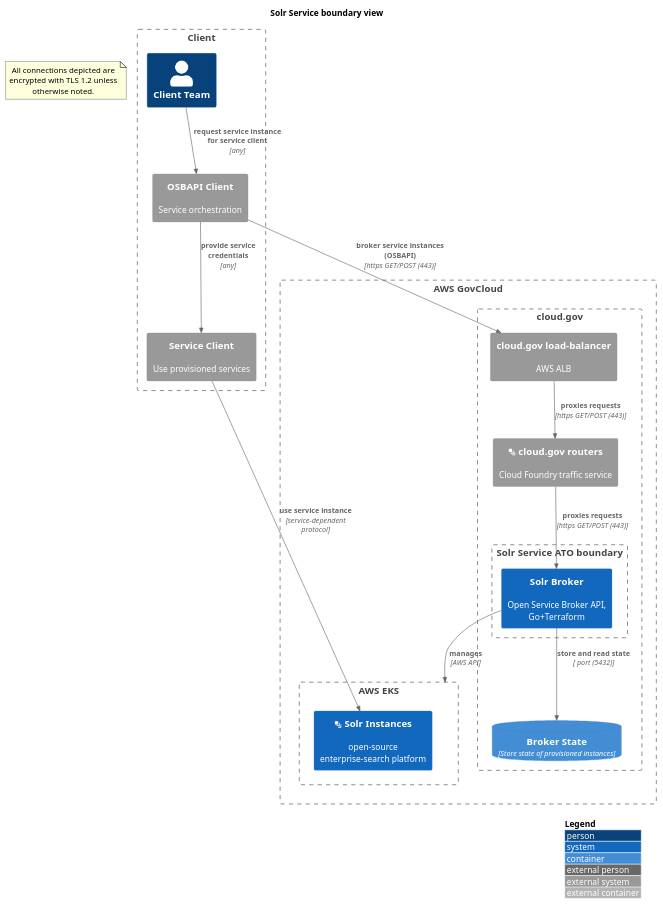
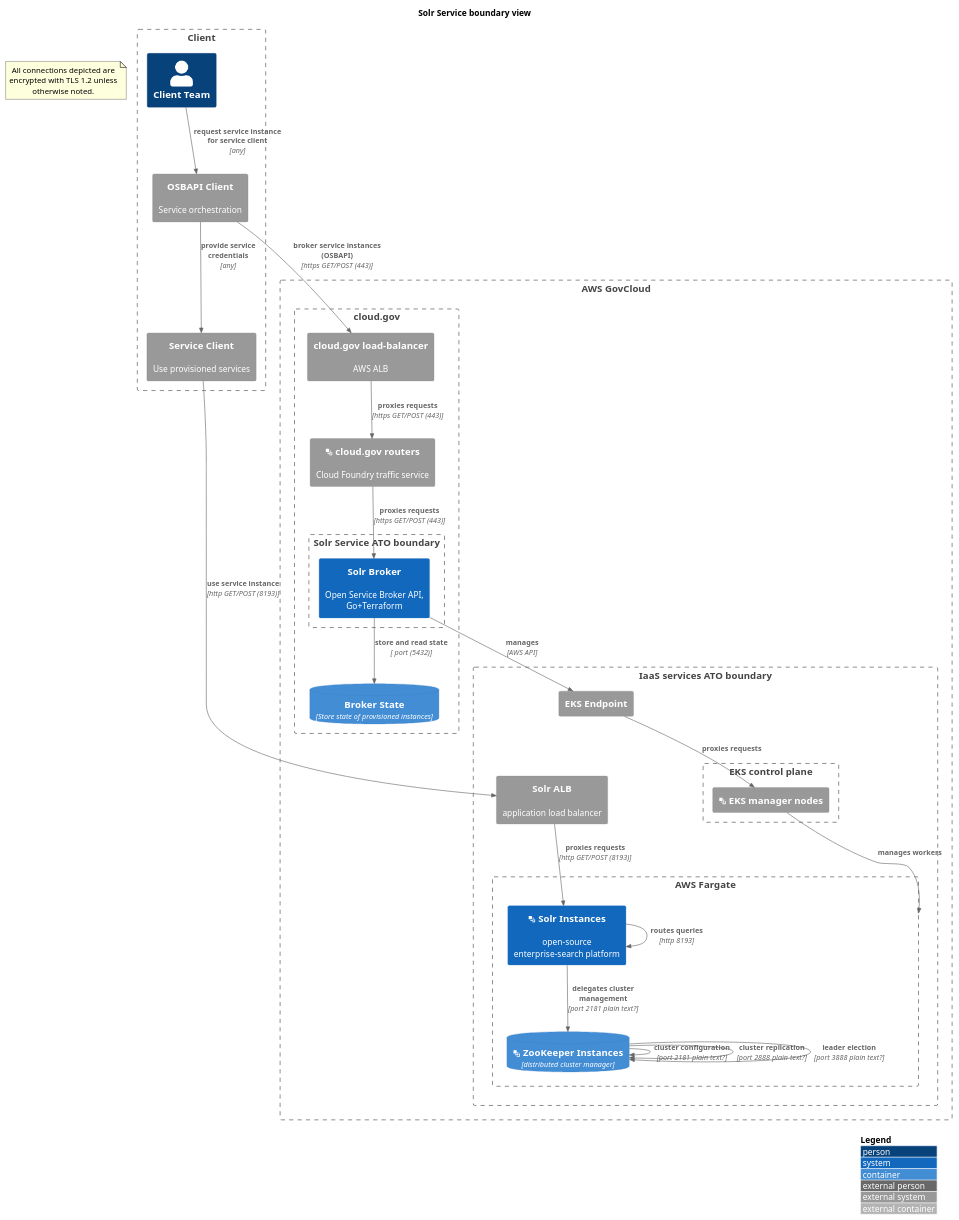
Before and after one commit to GSA/datagov-compliance: the second of 2 diagrams in solr-service-scratchpad.md, drawn with PlantUML. The commit also changed other lines of this file, not shown here.

Commit message:
Include IaaS services

````diff
--- a/solr-service-scratchpad.md
+++ b/solr-service-scratchpad.md
@@ -25,38 +25,54 @@
 ```plantuml
 @startuml
 !include https://raw.githubusercontent.com/adrianvlupu/C4-PlantUML/master/C4_Container.puml
 ' uncomment the following line and comment the first to use locally
 ' !include C4_Container.puml
 LAYOUT_WITH_LEGEND()
 title Solr Service boundary view
 Boundary(client, "Client") {
   Person(client_team, "Client Team")
   System_Ext(osbapi_client, "OSBAPI Client", "Service orchestration")
   System_Ext(service_client, "Service Client", "Use provisioned services")
   Rel(osbapi_client, service_client, "provide service credentials", "any")
   Rel(client_team, osbapi_client, "request service instance for service client", "any")
 }
 note as EncryptionNote
 All connections depicted are encrypted with TLS 1.2 unless otherwise noted.
 end note
 Boundary(aws, "AWS GovCloud") {
-    Boundary(aws_eks, "AWS EKS") {
-	System(solr_instances, "<&layers> Solr Instances", "open-source enterprise-search platform")
+    Boundary(iaas, "IaaS services ATO boundary") {
+        System_Ext(aws_fargate_alb, "Solr ALB", "application load balancer")
+        System_Ext(aws_eks_alb, "EKS Endpoint")
+        Boundary(aws_eks, "EKS control plane") {
+            System_Ext(aws_eks_managers, "<&layers> EKS manager nodes")
+        }
+        Boundary(aws_fargate, "AWS Fargate") {
+            System(solr_instances, "<&layers> Solr Instances", "open-source enterprise-search platform")
+            ContainerDb(zookeeper_instances, "<&layers> ZooKeeper Instances", "distributed cluster manager")
+        }
     }
     Boundary(cloudgov, "cloud.gov") {
-    	System_Ext(aws_alb, "cloud.gov load-balancer", "AWS ALB")
+        System_Ext(aws_cg_alb, "cloud.gov load-balancer", "AWS ALB")
         System_Ext(cloudgov_router, "<&layers> cloud.gov routers", "Cloud Foundry traffic service")
         Boundary(atob, "Solr Service ATO boundary") {
-                System(Solr_app, "Solr Broker", "Open Service Broker API, Go+Terraform")
+            System(Solr_app, "Solr Broker", "Open Service Broker API, Go+Terraform")
         }
         ContainerDb(Solr_db, "Broker State", "Store state of provisioned instances")
     }
 }
-Rel(Solr_app, aws_eks, "manages", "AWS API")
-Rel(osbapi_client, aws_alb, "broker service instances (OSBAPI)", "https GET/POST (443)")
-Rel(aws_alb, cloudgov_router, "proxies requests", "https GET/POST (443)")
+Rel(Solr_app, aws_eks_alb, "manages", "AWS API")
+Rel(osbapi_client, aws_cg_alb, "broker service instances (OSBAPI)", "https GET/POST (443)")
+Rel(aws_cg_alb, cloudgov_router, "proxies requests", "https GET/POST (443)")
 Rel(cloudgov_router, Solr_app, "proxies requests", "https GET/POST (443)")
 Rel(Solr_app, Solr_db, "store and read state", " port (5432)")
-Rel(service_client, solr_instances, "use service instance", "service-dependent protocol")
+Rel(service_client, aws_fargate_alb, "use service instance", "http GET/POST (8193)")
+Rel(aws_fargate_alb, solr_instances, "proxies requests", "http GET/POST (8193)")
+Rel(solr_instances, solr_instances, "routes queries", "http 8193")
+Rel(solr_instances, zookeeper_instances, "delegates cluster management", "port 2181 plain text?")
+Rel(zookeeper_instances, zookeeper_instances, "cluster configuration", "port 2181 plain text?")
+Rel(zookeeper_instances, zookeeper_instances, "cluster replication", "port 2888 plain text?")
+Rel(zookeeper_instances, zookeeper_instances, "leader election", "port 3888 plain text?")
+Rel(aws_eks_alb, aws_eks_managers, "proxies requests")
+Rel(aws_eks_managers, aws_fargate, "manages workers")
 @enduml
 ```
````
